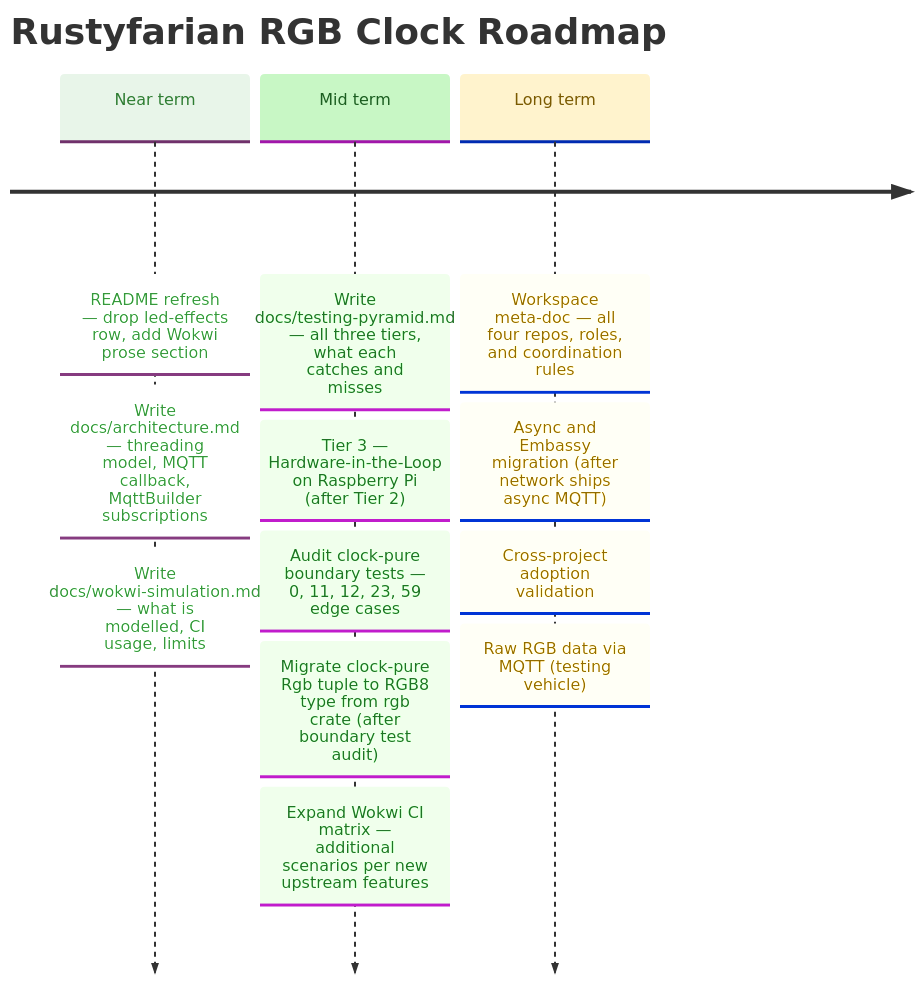
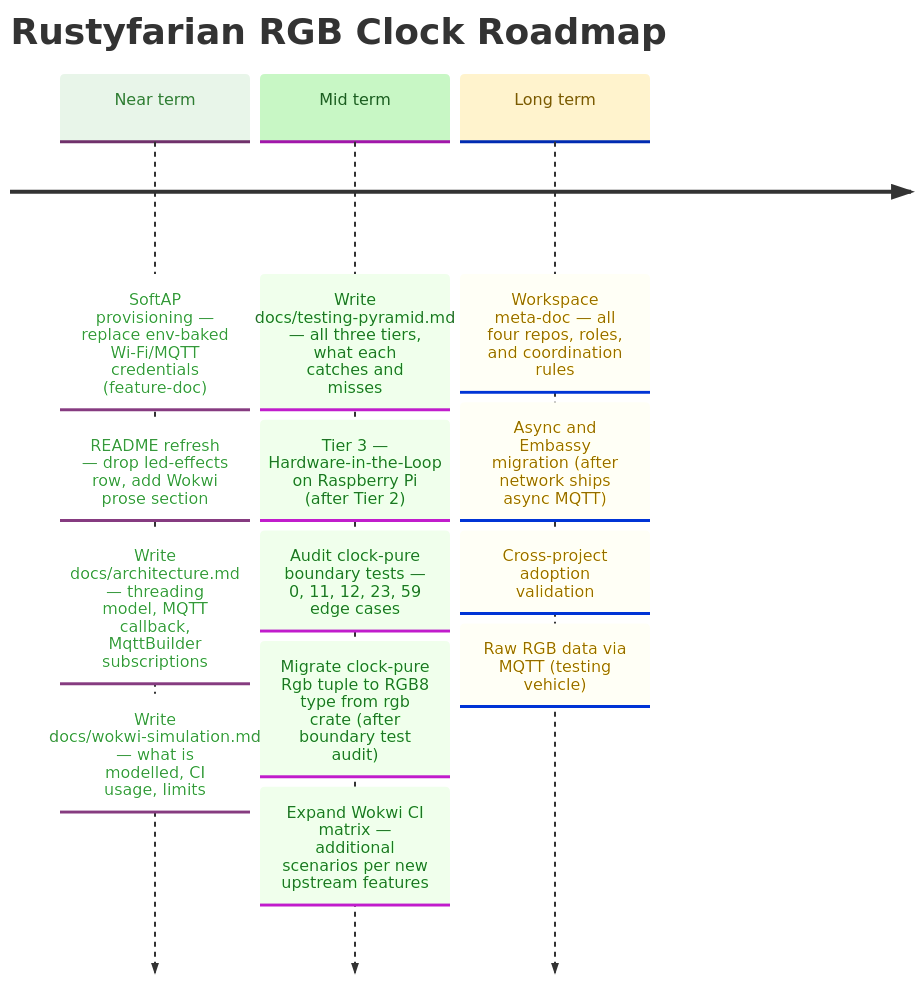
The diagram in docs/ROADMAP.md (datenkollektiv/rustyfarian-rgb-clock), drawn with Mermaid before and after one commit. The commit also changed other lines of this file and 13 other files, not shown here.

First line of the commit message:
Add SoftAP provisioning for Wi-Fi and MQTT

````diff
--- a/docs/ROADMAP.md
+++ b/docs/ROADMAP.md
@@ -10,33 +10,34 @@
 ```mermaid
 %%{init: {
   "theme": "base",
   "themeVariables": {
     "cScale0": "#e8f5e9",
     "cScaleLabel0": "#2e7d32",
     "cScale1": "#c8f7c5",
     "cScaleLabel1": "#1b5e20",
     "cScale2": "#fff3cd",
     "cScaleLabel2": "#7a5a00",
     "cScale3": "#e3f2fd",
     "cScaleLabel3": "#0d47a1"
   }
 }}%%
 
 timeline
     title Rustyfarian RGB Clock Roadmap
 
-    Near term : README refresh — drop led-effects row, add Wokwi prose section
+    Near term : SoftAP provisioning — replace env-baked Wi-Fi/MQTT credentials (feature-doc)
+              : README refresh — drop led-effects row, add Wokwi prose section
               : Write docs/architecture.md — threading model, MQTT callback, MqttBuilder subscriptions
               : Write docs/wokwi-simulation.md — what is modelled, CI usage, limits
 
     Mid term  : Write docs/testing-pyramid.md — all three tiers, what each catches and misses
               : Tier 3 — Hardware-in-the-Loop on Raspberry Pi (after Tier 2)
               : Audit clock-pure boundary tests — 0, 11, 12, 23, 59 edge cases
               : Migrate clock-pure Rgb tuple to RGB8 type from rgb crate (after boundary test audit)
               : Expand Wokwi CI matrix — additional scenarios per new upstream features
 
     Long term : Workspace meta-doc — all four repos, roles, and coordination rules
               : Async and Embassy migration (after network ships async MQTT)
               : Cross-project adoption validation
               : Raw RGB data via MQTT (testing vehicle)
 ```
````
